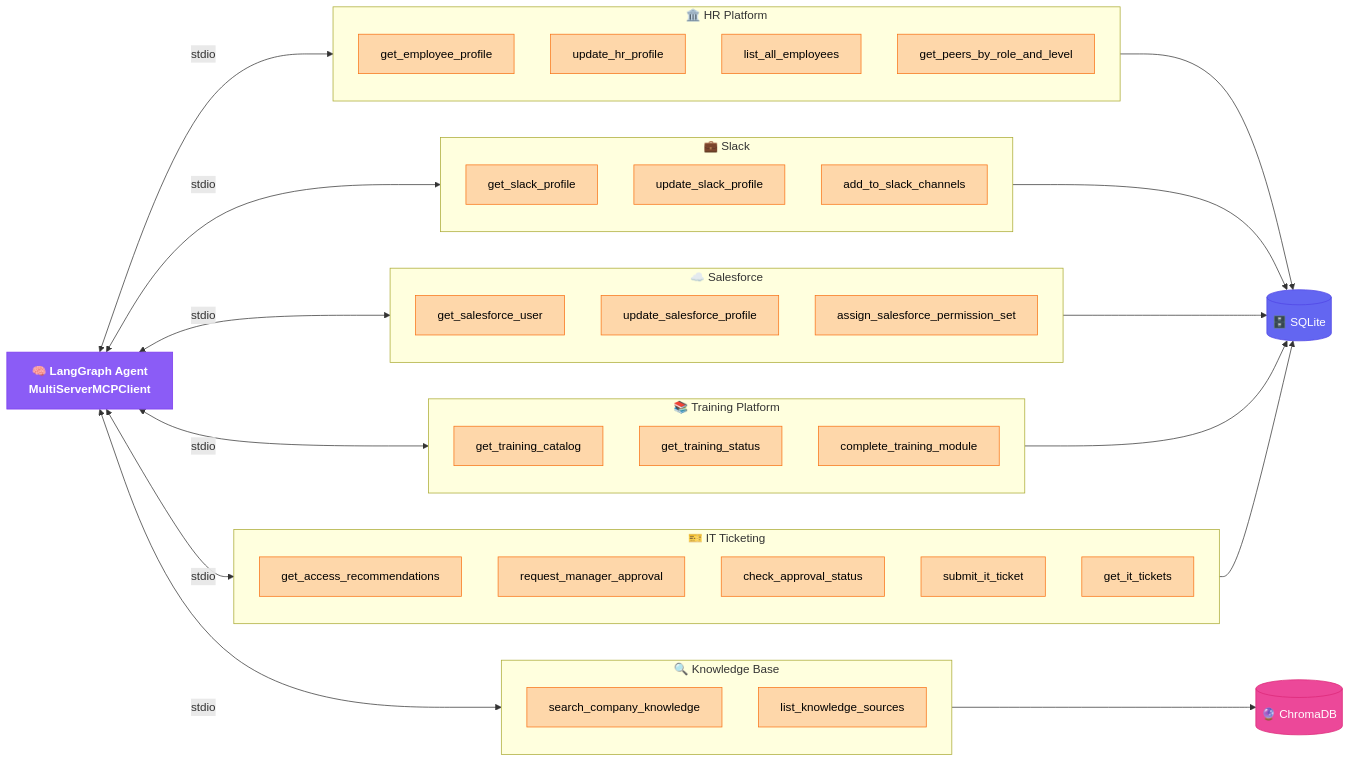
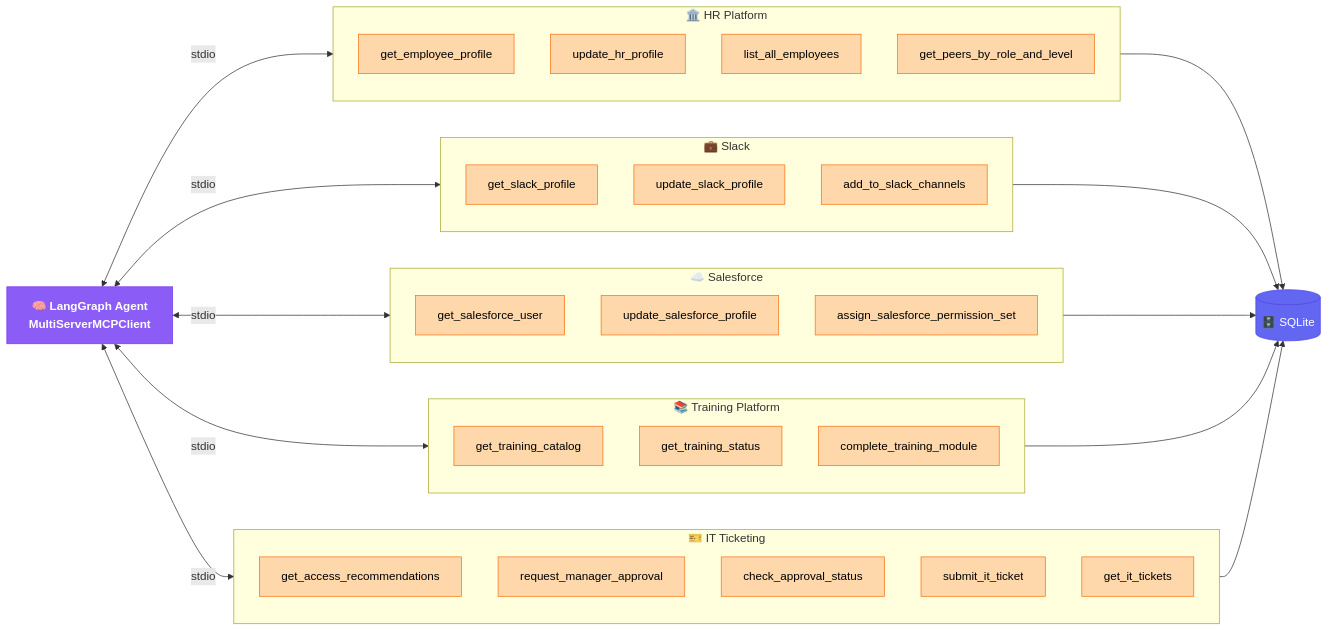
Before and after one commit to alyab16/Employee-Onboarding-Agent: the fourth of 6 diagrams in README.md, drawn with Mermaid. The commit also changed other lines of this file, not shown here.

````diff
--- a/README.md
+++ b/README.md
@@ -173,67 +181,56 @@
 ```mermaid
 flowchart LR
     classDef agent fill:#8B5CF6,stroke:#7C3AED,color:#fff,font-weight:bold
     classDef server fill:#F97316,stroke:#EA580C,color:#fff,font-weight:bold
     classDef tool fill:#FED7AA,stroke:#F97316,color:#000
     classDef db fill:#6366F1,stroke:#4F46E5,color:#fff
-    classDef rag fill:#EC4899,stroke:#DB2777,color:#fff
 
     Agent["🧠 LangGraph Agent\nMultiServerMCPClient"]:::agent
 
     Agent <-->|stdio| HR
     Agent <-->|stdio| SL
     Agent <-->|stdio| SF
     Agent <-->|stdio| TR
     Agent <-->|stdio| IT
-    Agent <-->|stdio| KB
 
     subgraph HR ["🏛️ HR Platform"]
         direction TB
         h1["get_employee_profile"]:::tool
         h2["update_hr_profile"]:::tool
         h3["list_all_employees"]:::tool
         h4["get_peers_by_role_and_level"]:::tool
     end
 
     subgraph SL ["💼 Slack"]
         direction TB
         s1["get_slack_profile"]:::tool
         s2["update_slack_profile"]:::tool
         s3["add_to_slack_channels"]:::tool
     end
 
     subgraph SF ["☁️ Salesforce"]
         direction TB
         sf1["get_salesforce_user"]:::tool
         sf2["update_salesforce_profile"]:::tool
         sf3["assign_salesforce_permission_set"]:::tool
     end
 
     subgraph TR ["📚 Training Platform"]
         direction TB
         t1["get_training_catalog"]:::tool
         t2["get_training_status"]:::tool
         t3["complete_training_module"]:::tool
     end
 
     subgraph IT ["🎫 IT Ticketing"]
         direction TB
         i1["get_access_recommendations"]:::tool
         i2["request_manager_approval"]:::tool
         i3["check_approval_status"]:::tool
         i4["submit_it_ticket"]:::tool
         i5["get_it_tickets"]:::tool
     end
 
-    subgraph KB ["🔍 Knowledge Base"]
-        direction TB
-        k1["search_company_knowledge"]:::tool
-        k2["list_knowledge_sources"]:::tool
-    end
-
     SQLite[("🗄️ SQLite")]:::db
-    Chroma[("🔮 ChromaDB")]:::rag
-
     HR & SL & SF & TR & IT --> SQLite
-    KB --> Chroma
 ```
````
